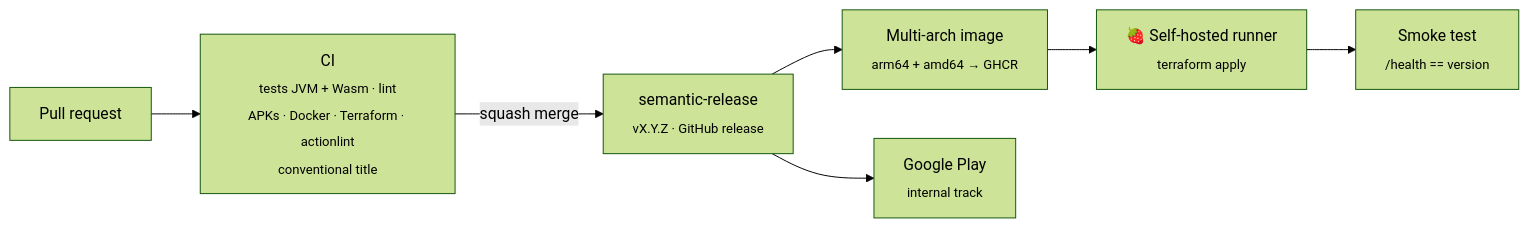
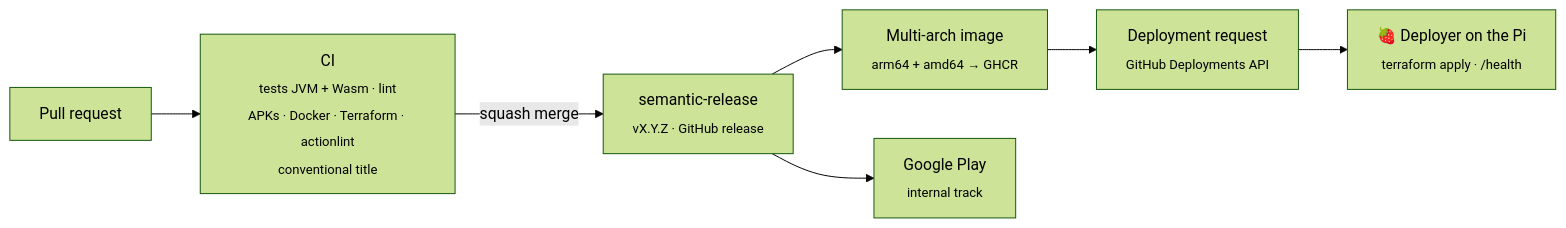
Before and after one commit to Plokkke/baby-phone: the sixth of 6 diagrams in README.md, drawn with Mermaid (forest theme). The commit also changed other lines of this file and 10 other files, not shown here.

````diff
--- a/README.md
+++ b/README.md
@@ -244,9 +244,9 @@
 ```mermaid
 flowchart LR
     PR["Pull request"] --> CI["CI<br/><sub>tests JVM + Wasm · lint<br/>APKs · Docker · Terraform · actionlint<br/>conventional title</sub>"]
     CI -->|squash merge| SR["semantic-release<br/><sub>vX.Y.Z · GitHub release</sub>"]
     SR --> IMG["Multi-arch image<br/><sub>arm64 + amd64 → GHCR</sub>"]
     SR --> PLAY["Google Play<br/><sub>internal track</sub>"]
-    IMG --> DEP["🍓 Self-hosted runner<br/><sub>terraform apply</sub>"]
-    DEP --> SMOKE["Smoke test<br/><sub>/health == version</sub>"]
+    IMG --> REQ["Deployment request<br/><sub>GitHub Deployments API</sub>"]
+    REQ --> DEP["🍓 Deployer on the Pi<br/><sub>terraform apply · /health</sub>"]
 ```
````
